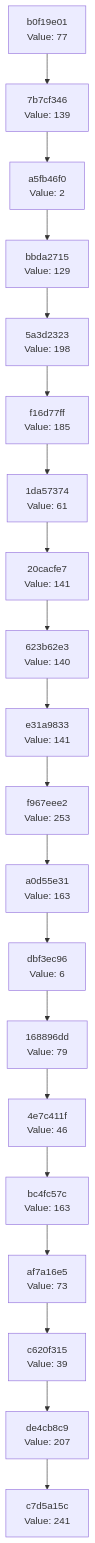
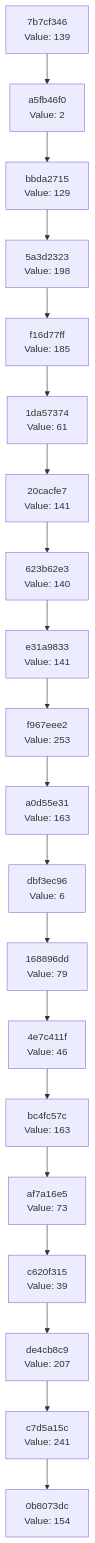
The diagram in docs/CHAIN_VISUALIZATION.md (Abhisheksinha1506/hash-chain-evolver), drawn with Mermaid before and after one commit. The commit also changed 3 other files, not shown here.

````diff
--- a/docs/CHAIN_VISUALIZATION.md
+++ b/docs/CHAIN_VISUALIZATION.md
@@ -3,42 +3,42 @@
 ```mermaid
 graph TD
-    C0["c7d5a15c<br/>Value: 241"]
-    C1["de4cb8c9<br/>Value: 207"]
+    C0["0b8073dc<br/>Value: 154"]
+    C1["c7d5a15c<br/>Value: 241"]
     C1 --> C0
-    C2["c620f315<br/>Value: 39"]
+    C2["de4cb8c9<br/>Value: 207"]
     C2 --> C1
-    C3["af7a16e5<br/>Value: 73"]
+    C3["c620f315<br/>Value: 39"]
     C3 --> C2
-    C4["bc4fc57c<br/>Value: 163"]
+    C4["af7a16e5<br/>Value: 73"]
     C4 --> C3
-    C5["4e7c411f<br/>Value: 46"]
+    C5["bc4fc57c<br/>Value: 163"]
     C5 --> C4
-    C6["168896dd<br/>Value: 79"]
+    C6["4e7c411f<br/>Value: 46"]
     C6 --> C5
-    C7["dbf3ec96<br/>Value: 6"]
+    C7["168896dd<br/>Value: 79"]
     C7 --> C6
-    C8["a0d55e31<br/>Value: 163"]
+    C8["dbf3ec96<br/>Value: 6"]
     C8 --> C7
-    C9["f967eee2<br/>Value: 253"]
+    C9["a0d55e31<br/>Value: 163"]
     C9 --> C8
-    C10["e31a9833<br/>Value: 141"]
+    C10["f967eee2<br/>Value: 253"]
     C10 --> C9
-    C11["623b62e3<br/>Value: 140"]
+    C11["e31a9833<br/>Value: 141"]
     C11 --> C10
-    C12["20cacfe7<br/>Value: 141"]
+    C12["623b62e3<br/>Value: 140"]
     C12 --> C11
-    C13["1da57374<br/>Value: 61"]
+    C13["20cacfe7<br/>Value: 141"]
     C13 --> C12
-    C14["f16d77ff<br/>Value: 185"]
+    C14["1da57374<br/>Value: 61"]
     C14 --> C13
-    C15["5a3d2323<br/>Value: 198"]
+    C15["f16d77ff<br/>Value: 185"]
     C15 --> C14
-    C16["bbda2715<br/>Value: 129"]
+    C16["5a3d2323<br/>Value: 198"]
     C16 --> C15
-    C17["a5fb46f0<br/>Value: 2"]
+    C17["bbda2715<br/>Value: 129"]
     C17 --> C16
-    C18["7b7cf346<br/>Value: 139"]
+    C18["a5fb46f0<br/>Value: 2"]
     C18 --> C17
-    C19["b0f19e01<br/>Value: 77"]
+    C19["7b7cf346<br/>Value: 139"]
     C19 --> C18
 ```
````
